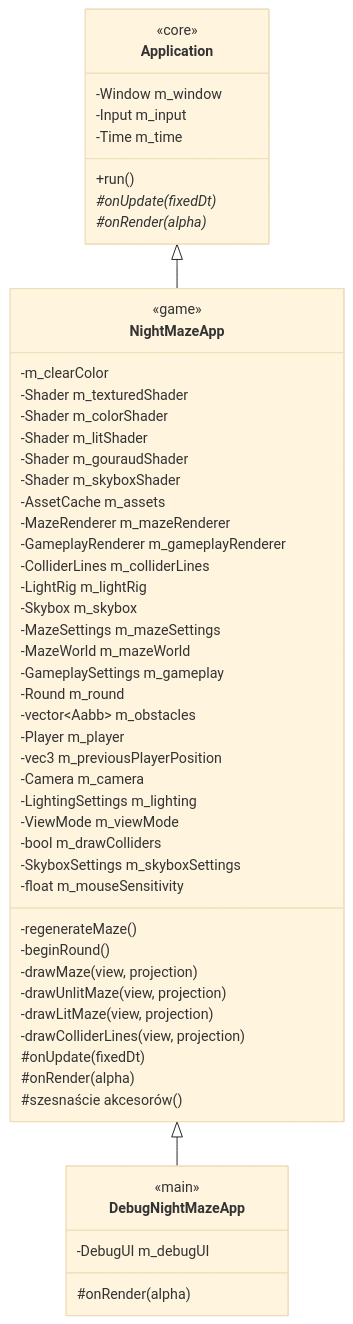
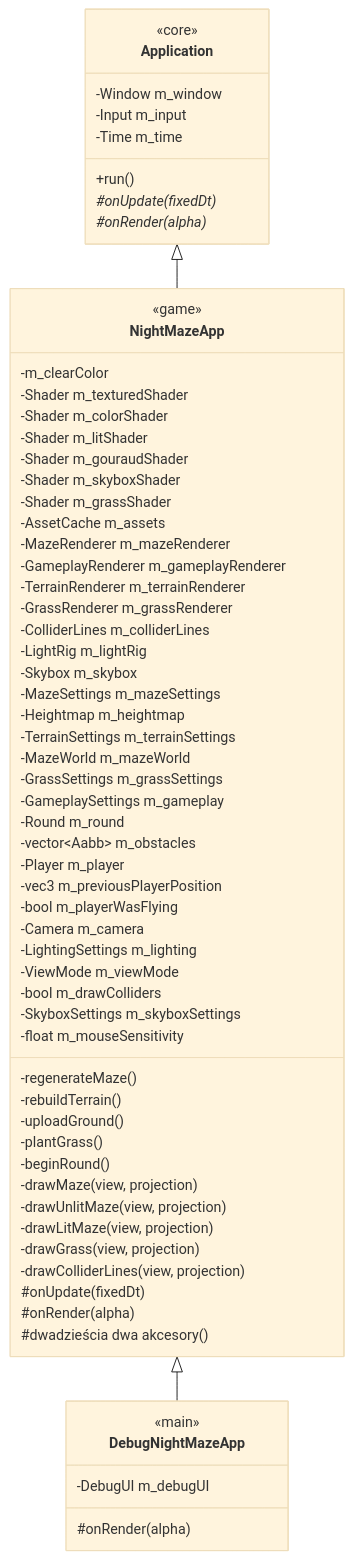
One commit to Shironex/night-maze changed the third of 3 diagrams in docs/modules/core/README.md. Above: the diagram before and after it, drawn with Mermaid (base theme). The commit also changed other lines of this file and 12 other files, not shown here.

Commit message:
docs(guides): record m6 terrain and grass on windows and add the manual test lists

````diff
--- a/docs/modules/core/README.md
+++ b/docs/modules/core/README.md
@@ -821,56 +1058,67 @@
 ```mermaid
 classDiagram
     class Application {
         <<core>>
         -Window m_window
         -Input m_input
         -Time m_time
         +run()
         #onUpdate(fixedDt)*
         #onRender(alpha)*
     }
     class NightMazeApp {
         <<game>>
         -m_clearColor
         -Shader m_texturedShader
         -Shader m_colorShader
         -Shader m_litShader
         -Shader m_gouraudShader
         -Shader m_skyboxShader
+        -Shader m_grassShader
         -AssetCache m_assets
         -MazeRenderer m_mazeRenderer
         -GameplayRenderer m_gameplayRenderer
+        -TerrainRenderer m_terrainRenderer
+        -GrassRenderer m_grassRenderer
         -ColliderLines m_colliderLines
         -LightRig m_lightRig
         -Skybox m_skybox
         -MazeSettings m_mazeSettings
+        -Heightmap m_heightmap
+        -TerrainSettings m_terrainSettings
         -MazeWorld m_mazeWorld
+        -GrassSettings m_grassSettings
         -GameplaySettings m_gameplay
         -Round m_round
         -vector~Aabb~ m_obstacles
         -Player m_player
         -vec3 m_previousPlayerPosition
+        -bool m_playerWasFlying
         -Camera m_camera
         -LightingSettings m_lighting
         -ViewMode m_viewMode
         -bool m_drawColliders
         -SkyboxSettings m_skyboxSettings
         -float m_mouseSensitivity
         -regenerateMaze()
+        -rebuildTerrain()
+        -uploadGround()
+        -plantGrass()
         -beginRound()
         -drawMaze(view, projection)
         -drawUnlitMaze(view, projection)
         -drawLitMaze(view, projection)
+        -drawGrass(view, projection)
         -drawColliderLines(view, projection)
         #onUpdate(fixedDt)
         #onRender(alpha)
-        #szesnaście akcesorów()
+        #dwadzieścia dwa akcesory()
     }
     class DebugNightMazeApp {
         <<main>>
         -DebugUI m_debugUI
         #onRender(alpha)
     }
     Application <|-- NightMazeApp
     NightMazeApp <|-- DebugNightMazeApp
 ```
````
